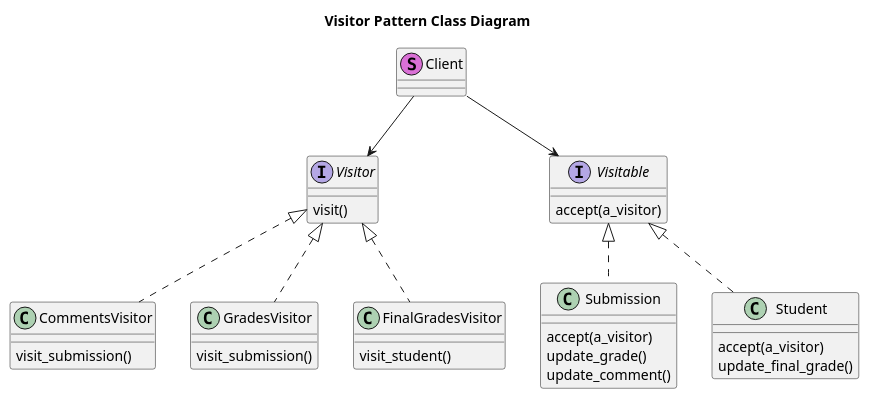
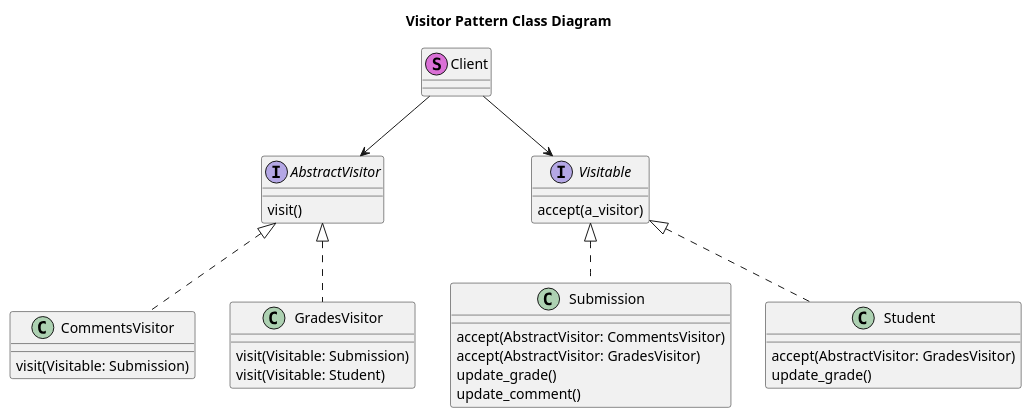
One commit to will-r-wang/CMSLearn-Course-Management-System changed the diagram in docs/visitor_pattern_class_diagram.puml. Above: the diagram before and after it, drawn with PlantUML. The commit also changed 3 other files, not shown here.

Commit message:
[Documentation] Update Visitor Pattern Diagrams

```diff
--- a/docs/visitor_pattern_class_diagram.puml
+++ b/docs/visitor_pattern_class_diagram.puml
@@ -1,45 +1,42 @@
 @startuml
 title Visitor Pattern Class Diagram
 
 class Client << (S, orchid) >>
-Client --> Visitor
+Client --> AbstractVisitor
 Client --> Visitable
 
-Visitor <|.down. CommentsVisitor
-Visitor <|.down. GradesVisitor
-Visitor <|.down. FinalGradesVisitor
+AbstractVisitor <|.down. CommentsVisitor
+AbstractVisitor <|.down. GradesVisitor
 
 Visitable <|.down. Submission
 Visitable <|.down. Student
 
-interface Visitor {
+interface AbstractVisitor {
   visit()
 }
 
 interface Visitable {
   accept(a_visitor)
 }
 
 class CommentsVisitor {
-  visit_submission()
+  visit(Visitable: Submission)
 }
 
 class GradesVisitor {
-  visit_submission()
-}
-
-class FinalGradesVisitor {
-  visit_student()
+  visit(Visitable: Submission)
+  visit(Visitable: Student)
 }
 
 class Submission {
-  accept(a_visitor)
+  accept(AbstractVisitor: CommentsVisitor)
+  accept(AbstractVisitor: GradesVisitor)
   update_grade()
   update_comment()
 }
 
 class Student {
-  accept(a_visitor)
-  update_final_grade()
+  accept(AbstractVisitor: GradesVisitor)
+  update_grade()
 }
 @enduml
```
